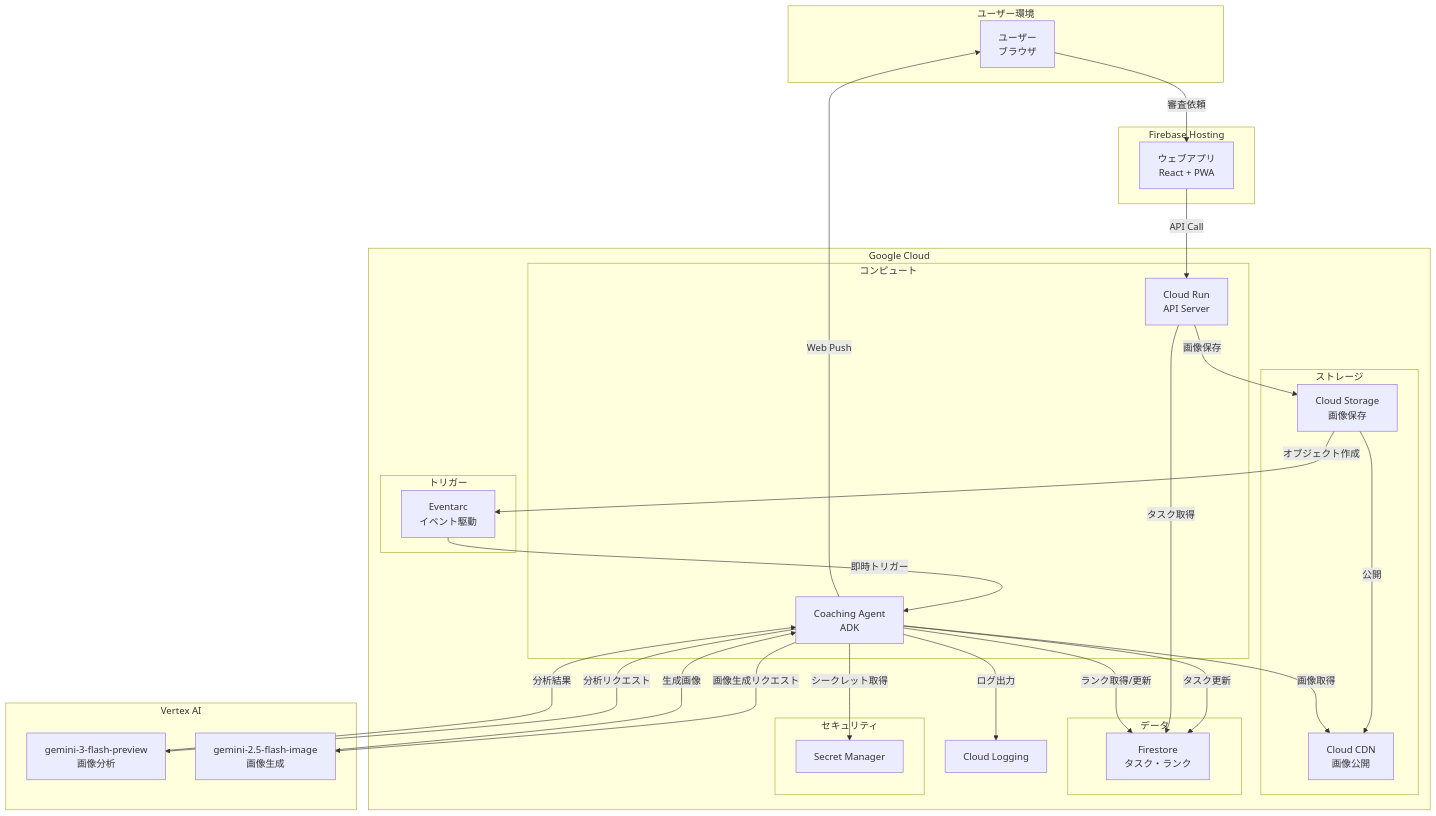
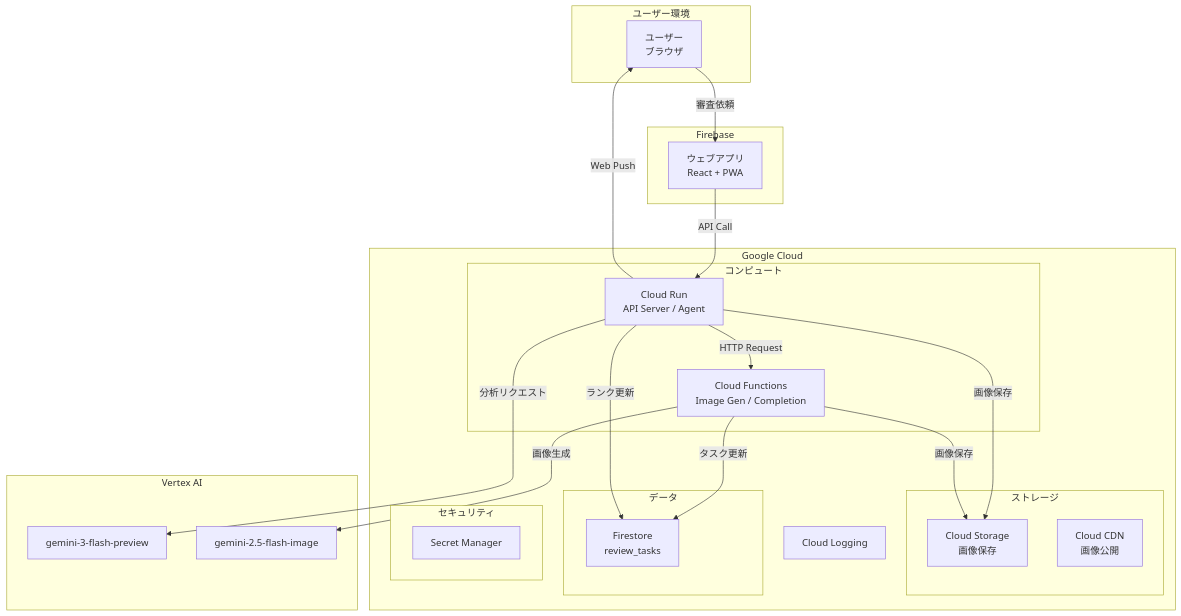
Before and after one commit to nuance-sudo/drawing-practice-agent-gch4: the first of 6 diagrams in docs/functional-design.md, drawn with Mermaid. The commit also changed other lines of this file and 7 other files, not shown here.

First line of the commit message:
docs: アーキテクチャ変更（Cloud Run Functions移行）に伴うドキュメント更新

````diff
--- a/docs/functional-design.md
+++ b/docs/functional-design.md
@@ -13,59 +13,48 @@
 ```mermaid
 flowchart TB
     subgraph User["ユーザー環境"]
         A[ユーザー<br/>ブラウザ]
     end
 
-    subgraph Firebase["Firebase Hosting"]
+    subgraph Firebase["Firebase"]
         B[ウェブアプリ<br/>React + PWA]
     end
 
     subgraph GCP["Google Cloud"]
         subgraph Storage["ストレージ"]
             C[Cloud Storage<br/>画像保存]
             D[Cloud CDN<br/>画像公開]
         end
         
-        subgraph Trigger["トリガー"]
-            E[Eventarc<br/>イベント駆動]
-        end
-        
         subgraph Compute["コンピュート"]
-            F[Cloud Run<br/>API Server]
-            G[Coaching Agent<br/>ADK]
+            F[Cloud Run<br/>API Server / Agent]
+            G[Cloud Functions<br/>Image Gen / Completion]
         end
         
         subgraph Data["データ"]
-            H[Firestore<br/>タスク・ランク]
+            H[Firestore<br/>review_tasks]
         end
         
         subgraph Security["セキュリティ"]
             I[Secret Manager]
         end
         
         J[Cloud Logging]
     end
 
     subgraph AI["Vertex AI"]
-        K[gemini-3-flash-preview<br/>画像分析]
-        L[gemini-2.5-flash-image<br/>画像生成]
+        K[gemini-3-flash-preview]
+        L[gemini-2.5-flash-image]
     end
 
     A -->|審査依頼| B
     B -->|API Call| F
     F -->|画像保存| C
-    C -->|公開| D
-    C -->|オブジェクト作成| E
-    E -->|即時トリガー| G
-    G -->|画像取得| D
-    G -->|分析リクエスト| K
-    K -->|分析結果| G
-    G -->|画像生成リクエスト| L
-    L -->|生成画像| G
+    F -->|分析リクエスト| K
+    F -->|HTTP Request| G
+    G -->|画像生成| L
+    G -->|画像保存| C
     G -->|タスク更新| H
-    F -->|タスク取得| H
-    G -->|ランク取得/更新| H
-    G -->|シークレット取得| I
-    G -->|ログ出力| J
-    G -->|Web Push| A
+    F -->|ランク更新| H
+    F -->|Web Push| A
 ```
````
